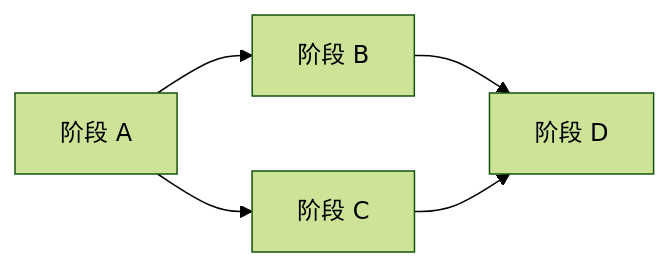
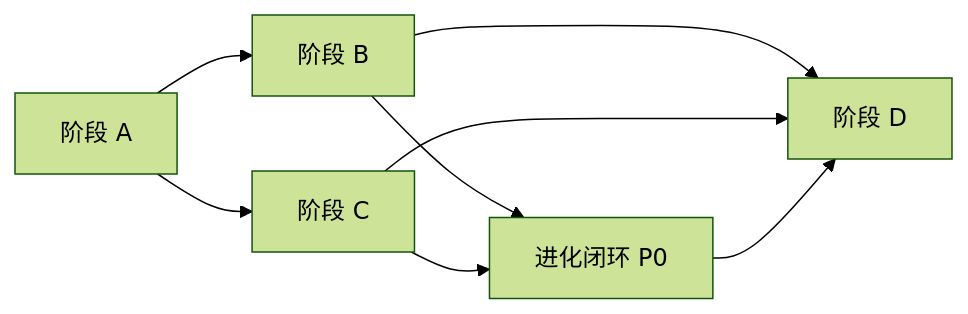
The diagram in docs/todo.md (lengzhao/oneclaw), drawn with Mermaid (forest theme) before and after one commit. The commit also changed other lines of this file and 64 other files, not shown here.

````diff
--- a/docs/todo.md
+++ b/docs/todo.md
@@ -72,7 +89,10 @@
 ```mermaid
 flowchart LR
   A[阶段 A] --> B[阶段 B]
   A --> C[阶段 C]
+  B --> Evo[进化闭环 P0]
+  C --> Evo
   B --> D[阶段 D]
   C --> D
+  Evo --> D
 ```
````
